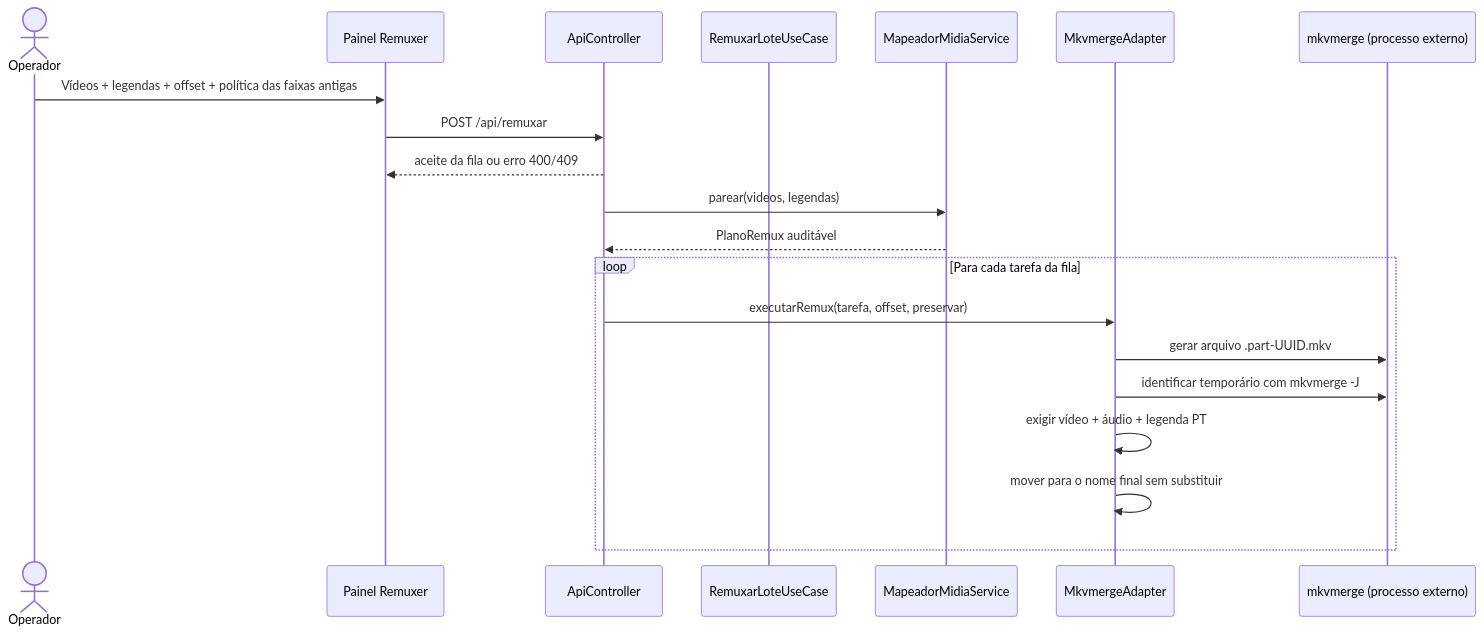
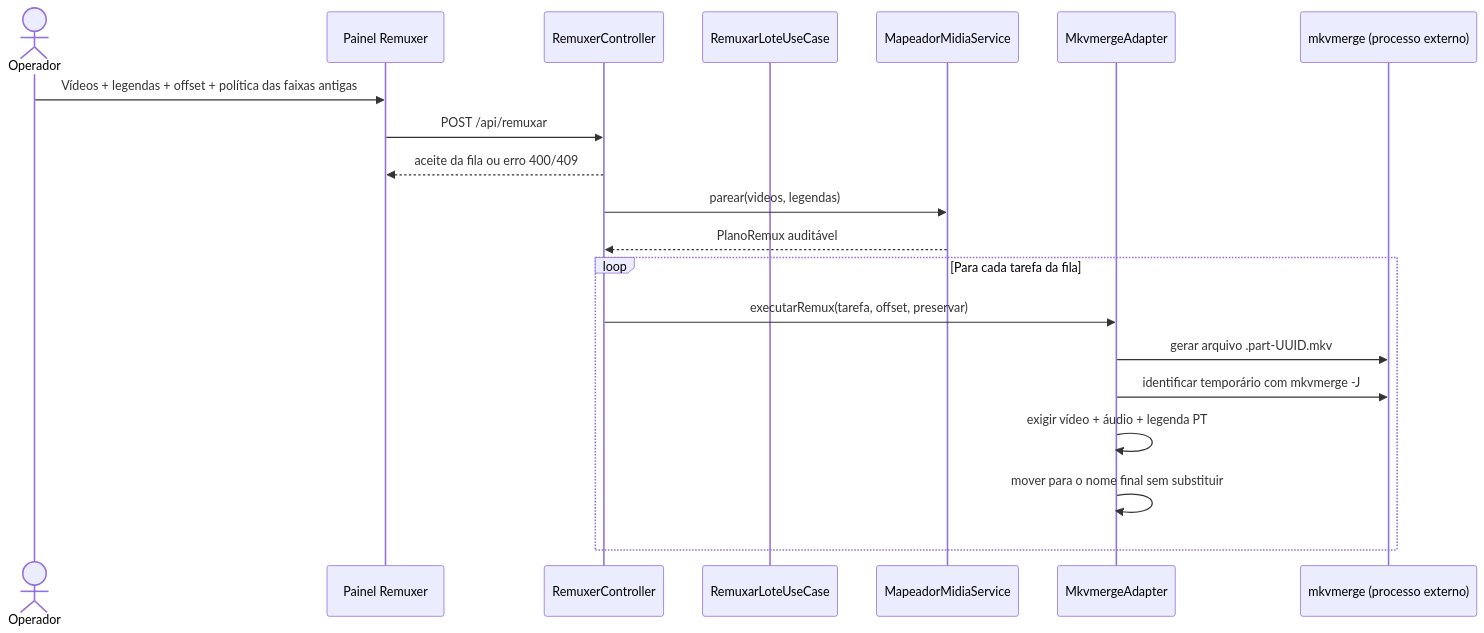
The second of 2 diagrams in docs/etapa-5.1-remuxer.md (carmipa/traducao_animes_llm_local_quarkus-1), drawn with Mermaid before and after one commit. The commit also changed 5 other files, not shown here.

First line of the commit message:
docs: varredura de referencia morta nos 26 documentos — o ApiController que nao existe mais

````diff
--- a/docs/etapa-5.1-remuxer.md
+++ b/docs/etapa-5.1-remuxer.md
@@ -65,23 +65,23 @@
 ```mermaid
 sequenceDiagram
     actor Op as Operador
     participant UI as Painel Remuxer
-    participant API as ApiController
+    participant API as RemuxerController
     participant UC as RemuxarLoteUseCase
     participant Map as MapeadorMidiaService
     participant AD as MkvmergeAdapter
     participant MKV as mkvmerge (processo externo)
 
     Op->>UI: Vídeos + legendas + offset + política das faixas antigas
     UI->>API: POST /api/remuxar
     API-->>UI: aceite da fila ou erro 400/409
     API->>Map: parear(videos, legendas)
     Map-->>API: PlanoRemux auditável
     loop Para cada tarefa da fila
         API->>AD: executarRemux(tarefa, offset, preservar)
         AD->>MKV: gerar arquivo .part-UUID.mkv
         AD->>MKV: identificar temporário com mkvmerge -J
         AD->>AD: exigir vídeo + áudio + legenda PT
         AD->>AD: mover para o nome final sem substituir
     end
 ```
````
